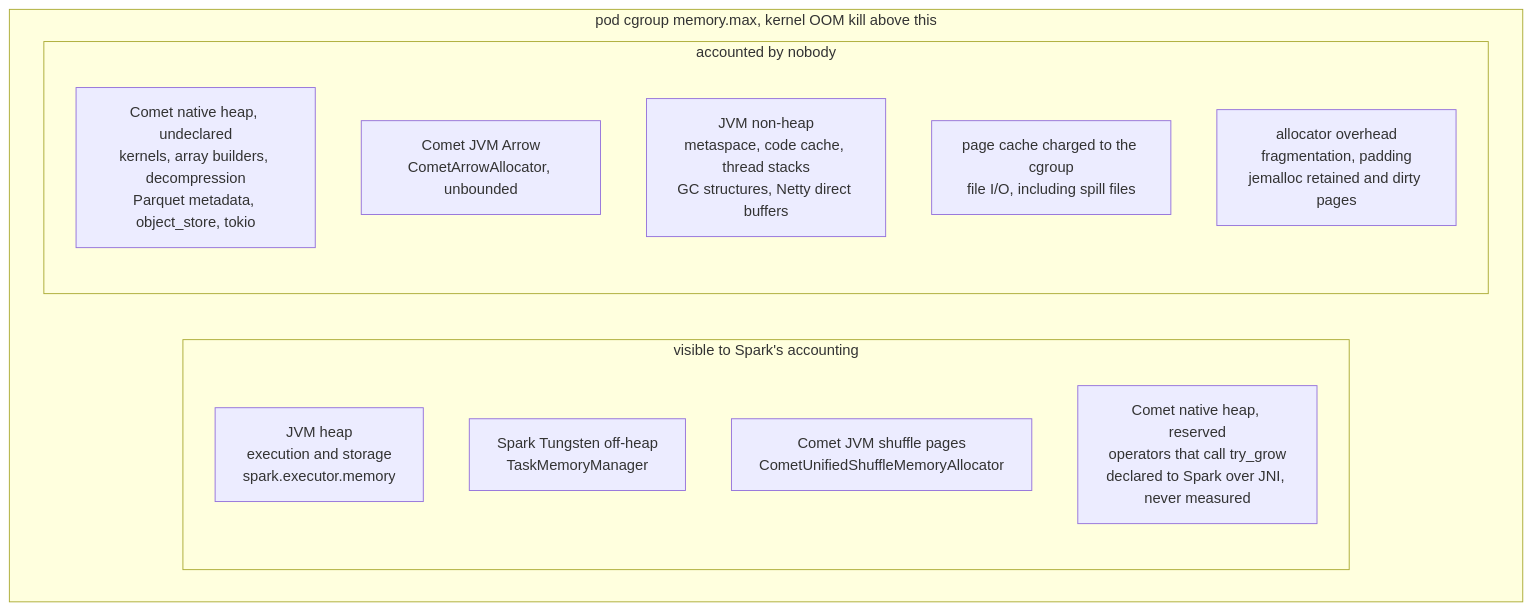
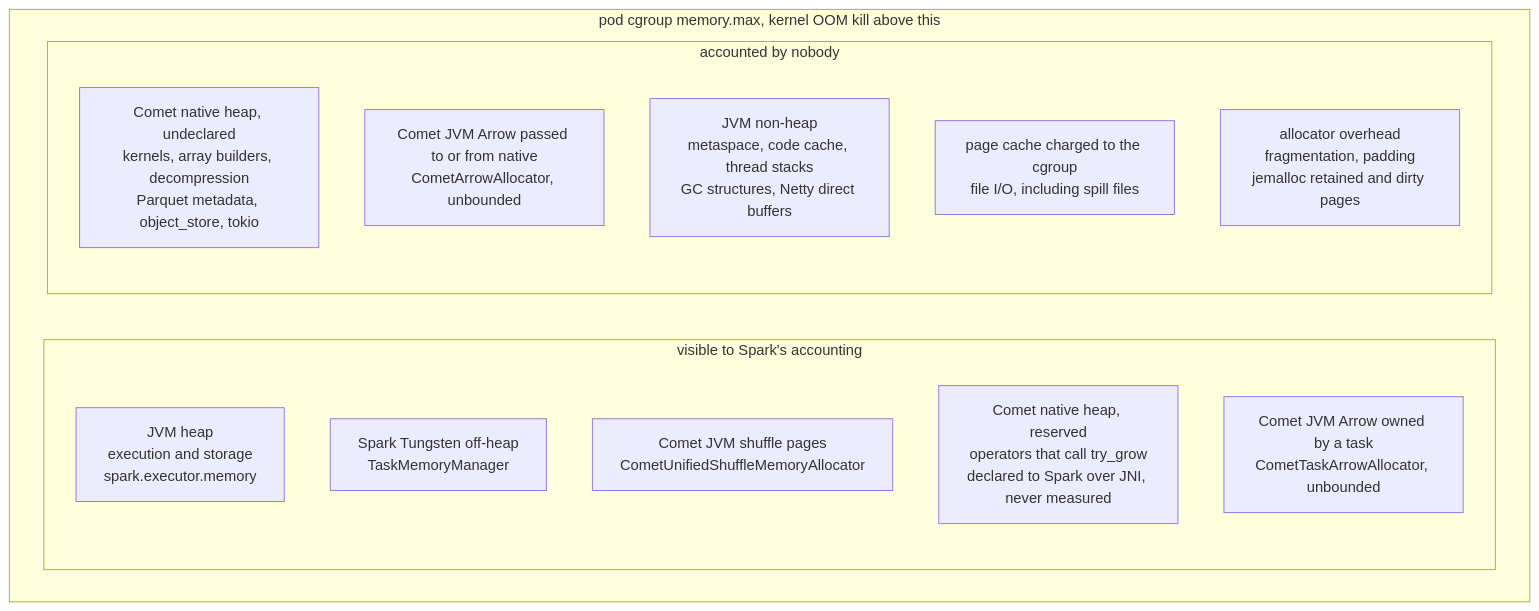
The second of 2 diagrams in docs/source/contributor-guide/memory_management.md (apache/datafusion-comet), drawn with Mermaid before and after one commit. The commit also changed other lines of this file and 4 other files, not shown here.

````diff
--- a/docs/source/contributor-guide/memory_management.md
+++ b/docs/source/contributor-guide/memory_management.md
@@ -505,18 +532,19 @@
 ```mermaid
 flowchart TB
   subgraph CG["pod cgroup memory.max, kernel OOM kill above this"]
     subgraph SEEN["visible to Spark's accounting"]
       HEAP["JVM heap<br>execution and storage<br>spark.executor.memory"]
       TUNG["Spark Tungsten off-heap<br>TaskMemoryManager"]
       SHUFP["Comet JVM shuffle pages<br>CometUnifiedShuffleMemoryAllocator"]
       NATRES["Comet native heap, reserved<br>operators that call try_grow<br>declared to Spark over JNI, never measured"]
+      ARROWT["Comet JVM Arrow owned by a task<br>CometTaskArrowAllocator, unbounded"]
     end
     subgraph NONE["accounted by nobody"]
       NATUND["Comet native heap, undeclared<br>kernels, array builders, decompression<br>Parquet metadata, object_store, tokio"]
-      ARROWR["Comet JVM Arrow<br>CometArrowAllocator, unbounded"]
+      ARROWR["Comet JVM Arrow passed to or from native<br>CometArrowAllocator, unbounded"]
       NONHEAP["JVM non-heap<br>metaspace, code cache, thread stacks<br>GC structures, Netty direct buffers"]
       PAGEC["page cache charged to the cgroup<br>file I/O, including spill files"]
       FRAG["allocator overhead<br>fragmentation, padding<br>jemalloc retained and dirty pages"]
     end
   end
 ```
````
